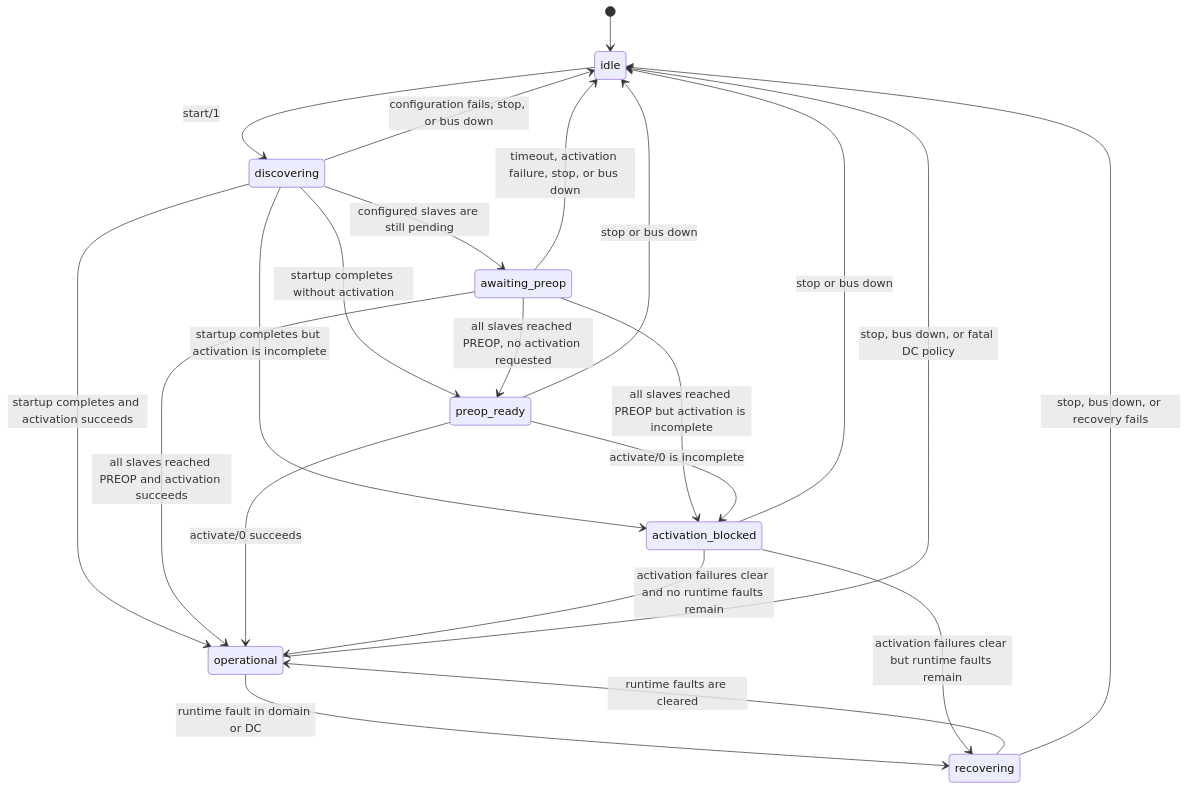
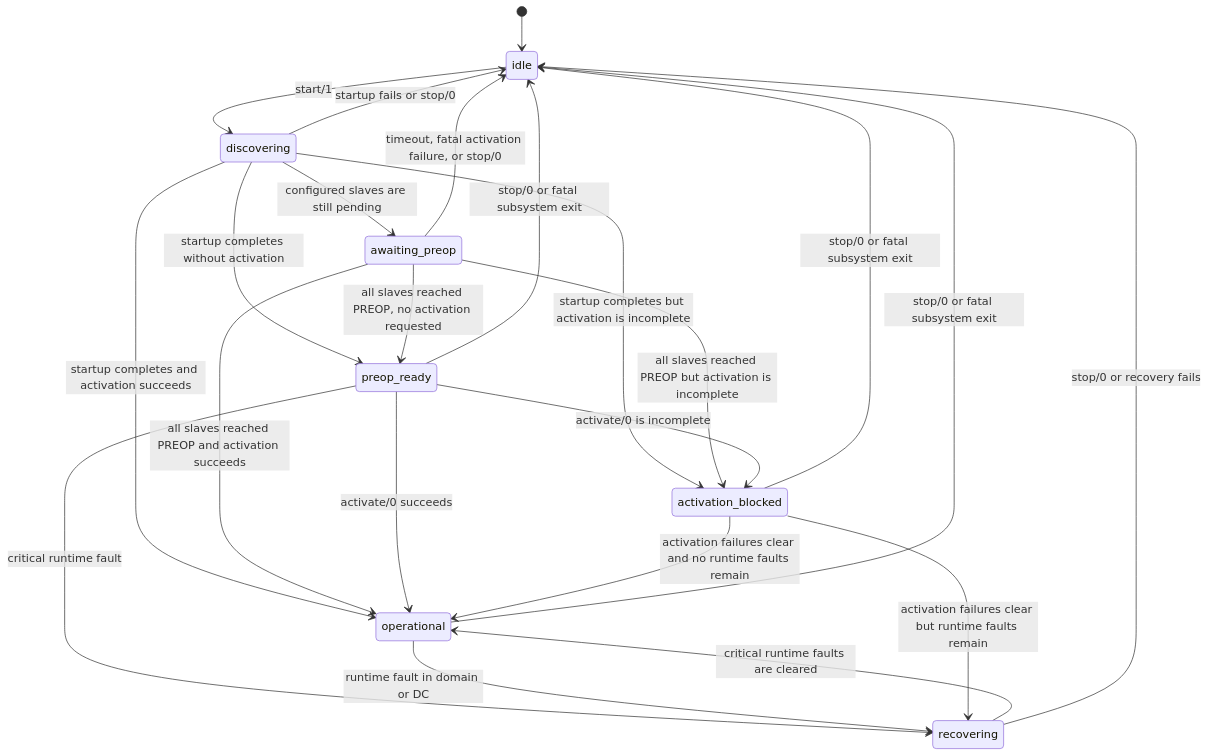
Before and after one commit to sid2baker/ethercat: the third of 3 diagrams in lib/ethercat/master.md, drawn with Mermaid. The commit also changed other lines of this file and 4 other files, not shown here.

First line of the commit message:
docs(mermaid): align charts with current runtime

````diff
--- a/lib/ethercat/master.md
+++ b/lib/ethercat/master.md
@@ -110,24 +110,25 @@
 ```mermaid
 stateDiagram-v2
     [*] --> idle
     idle --> discovering: start/1
     discovering --> awaiting_preop: configured slaves are still pending
     discovering --> preop_ready: startup completes without activation
     discovering --> operational: startup completes and activation succeeds
     discovering --> activation_blocked: startup completes but activation is incomplete
-    discovering --> idle: configuration fails, stop, or bus down
+    discovering --> idle: startup fails or stop/0
     awaiting_preop --> preop_ready: all slaves reached PREOP, no activation requested
     awaiting_preop --> operational: all slaves reached PREOP and activation succeeds
     awaiting_preop --> activation_blocked: all slaves reached PREOP but activation is incomplete
-    awaiting_preop --> idle: timeout, activation failure, stop, or bus down
+    awaiting_preop --> idle: timeout, fatal activation failure, or stop/0
     preop_ready --> operational: activate/0 succeeds
     preop_ready --> activation_blocked: activate/0 is incomplete
-    preop_ready --> idle: stop or bus down
+    preop_ready --> recovering: critical runtime fault
+    preop_ready --> idle: stop/0 or fatal subsystem exit
     operational --> recovering: runtime fault in domain or DC
-    operational --> idle: stop, bus down, or fatal DC policy
+    operational --> idle: stop/0 or fatal subsystem exit
     activation_blocked --> operational: activation failures clear and no runtime faults remain
     activation_blocked --> recovering: activation failures clear but runtime faults remain
-    activation_blocked --> idle: stop or bus down
-    recovering --> operational: runtime faults are cleared
-    recovering --> idle: stop, bus down, or recovery fails
+    activation_blocked --> idle: stop/0 or fatal subsystem exit
+    recovering --> operational: critical runtime faults are cleared
+    recovering --> idle: stop/0 or recovery fails
 ```
````
